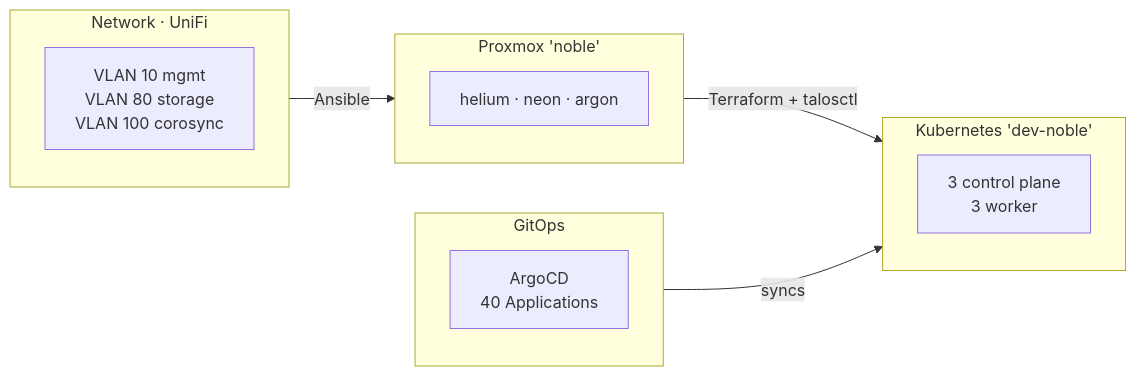
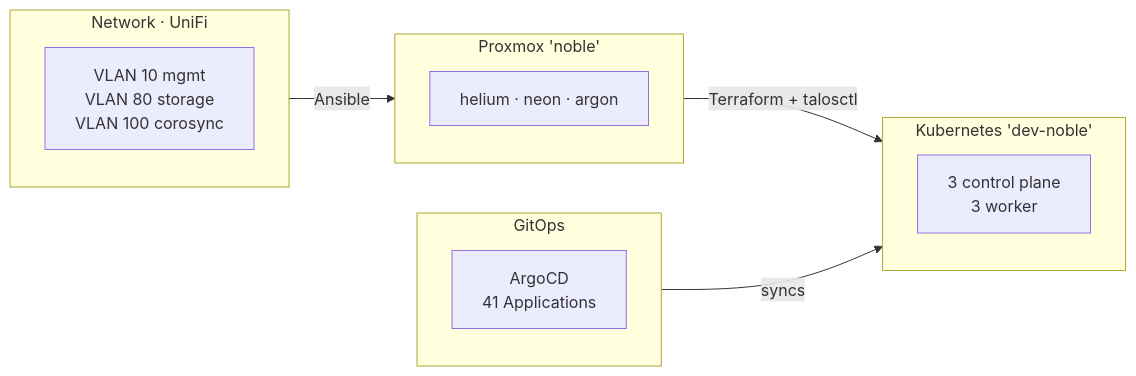
One commit to nikpcenicni/Nikflix changed the diagram in docs/index.md. Above: the diagram before and after it, drawn with Mermaid. The commit also changed other lines of this file and 9 other files, not shown here.

````diff
--- a/docs/index.md
+++ b/docs/index.md
@@ -91,17 +91,17 @@
 ```mermaid
 flowchart LR
     subgraph net["Network · UniFi"]
         V["VLAN 10 mgmt<br/>VLAN 80 storage<br/>VLAN 100 corosync"]
     end
     subgraph pve["Proxmox 'noble'"]
         H["helium · neon · argon"]
     end
     subgraph k8s["Kubernetes 'dev-noble'"]
         T["3 control plane<br/>3 worker"]
     end
     subgraph git["GitOps"]
-        A["ArgoCD<br/>40 Applications"]
+        A["ArgoCD<br/>41 Applications"]
     end
     net -->|Ansible| pve -->|Terraform + talosctl| k8s
     git -->|syncs| k8s
 ```
````
